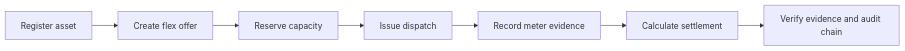
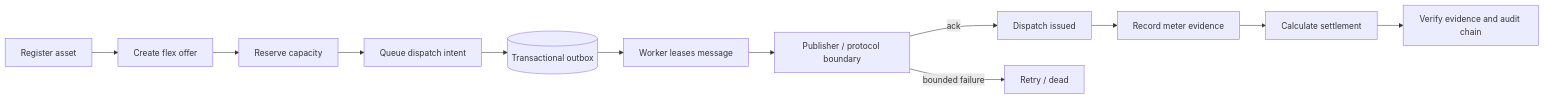
One commit to bilgekayali/energy-flex-trust-platform changed the first of 2 diagrams in README.md. Above: the diagram before and after it, drawn with Mermaid. The commit also changed other lines of this file, not shown here.

````diff
--- a/README.md
+++ b/README.md
@@ -39,9 +45,14 @@
 ```mermaid
 flowchart LR
     A[Register asset] --> B[Create flex offer]
     B --> C[Reserve capacity]
-    C --> D[Issue dispatch]
-    D --> E[Record meter evidence]
-    E --> F[Calculate settlement]
-    F --> G[Verify evidence and audit chain]
+    C --> D[Queue dispatch intent]
+    D --> O[(Transactional outbox)]
+    O --> W[Worker leases message]
+    W --> P[Publisher / protocol boundary]
+    P -->|ack| E[Dispatch issued]
+    E --> M[Record meter evidence]
+    M --> S[Calculate settlement]
+    S --> V[Verify evidence and audit chain]
+    P -->|bounded failure| R[Retry / dead]
 ```
````
